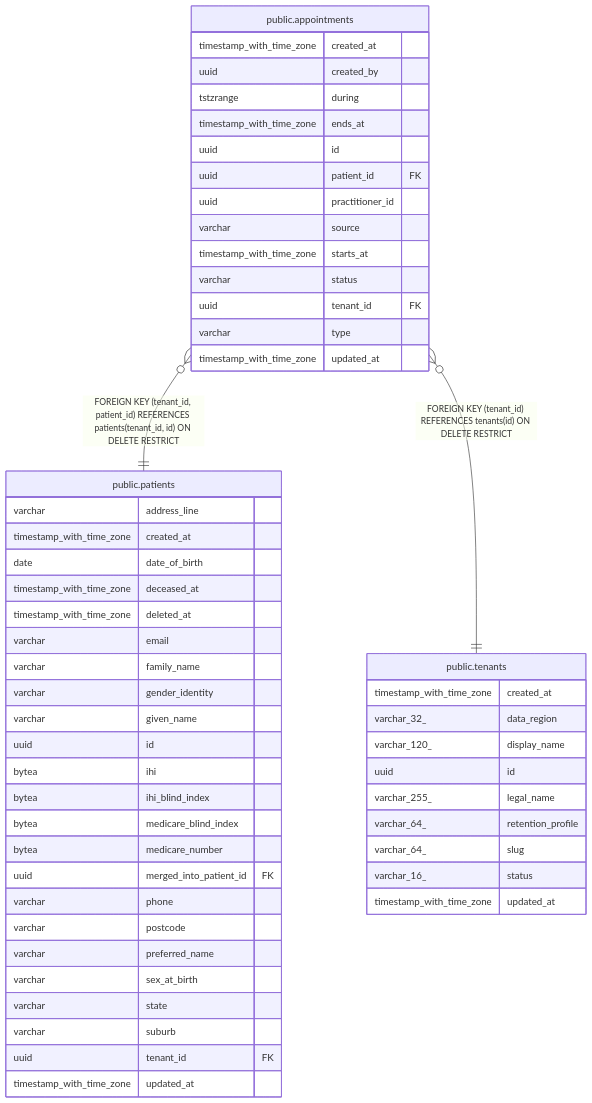
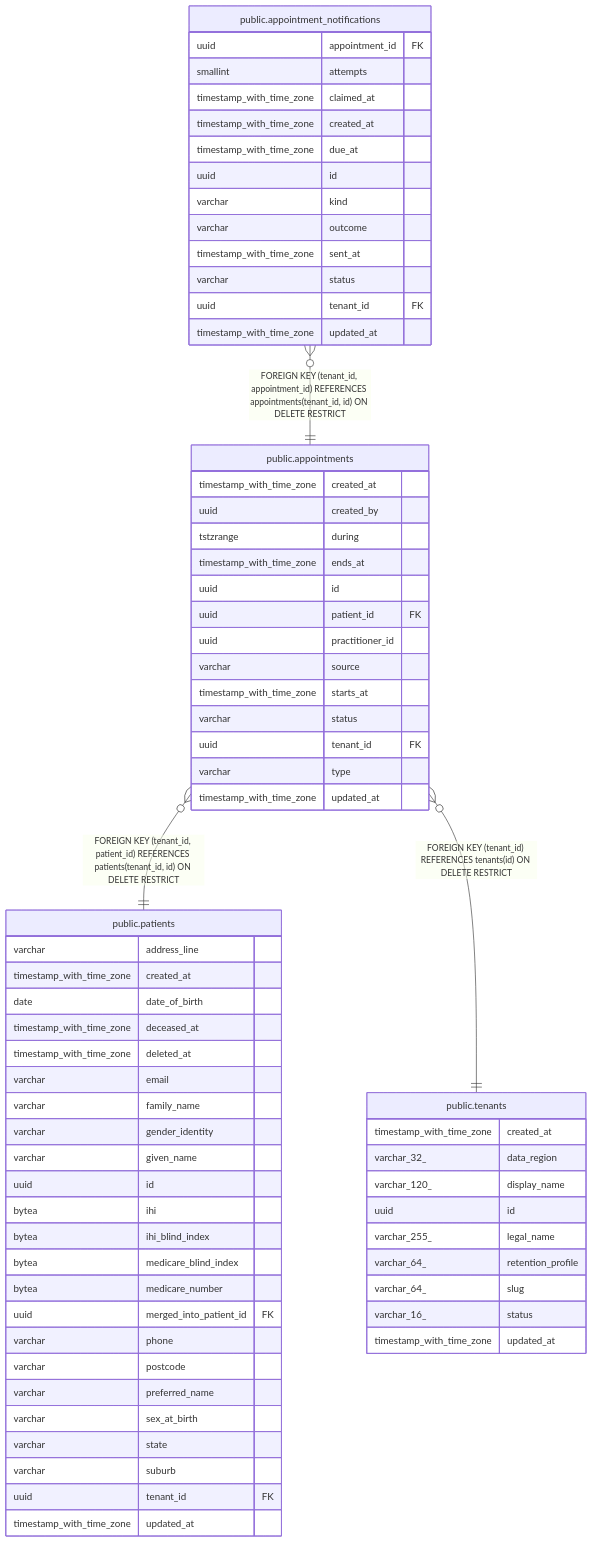
One commit to irajput215/clinic-os changed the diagram in docs/reference/schema/public.appointments.md. Above: the diagram before and after it, drawn with Mermaid. The commit also changed other lines of this file and 17 other files, not shown here.

````diff
--- a/docs/reference/schema/public.appointments.md
+++ b/docs/reference/schema/public.appointments.md
@@ -67,58 +67,73 @@
 ```mermaid
 erDiagram
 
+"public.appointment_notifications" }o--|| "public.appointments" : "FOREIGN KEY (tenant_id, appointment_id) REFERENCES appointments(tenant_id, id) ON DELETE RESTRICT"
 "public.appointments" }o--|| "public.patients" : "FOREIGN KEY (tenant_id, patient_id) REFERENCES patients(tenant_id, id) ON DELETE RESTRICT"
 "public.appointments" }o--|| "public.tenants" : "FOREIGN KEY (tenant_id) REFERENCES tenants(id) ON DELETE RESTRICT"
 
 "public.appointments" {
   timestamp_with_time_zone created_at
   uuid created_by
   tstzrange during
   timestamp_with_time_zone ends_at
   uuid id
   uuid patient_id FK
   uuid practitioner_id
   varchar source
   timestamp_with_time_zone starts_at
   varchar status
   uuid tenant_id FK
   varchar type
+  timestamp_with_time_zone updated_at
+}
+"public.appointment_notifications" {
+  uuid appointment_id FK
+  smallint attempts
+  timestamp_with_time_zone claimed_at
+  timestamp_with_time_zone created_at
+  timestamp_with_time_zone due_at
+  uuid id
+  varchar kind
+  varchar outcome
+  timestamp_with_time_zone sent_at
+  varchar status
+  uuid tenant_id FK
   timestamp_with_time_zone updated_at
 }
 "public.patients" {
   varchar address_line
   timestamp_with_time_zone created_at
   date date_of_birth
   timestamp_with_time_zone deceased_at
   timestamp_with_time_zone deleted_at
   varchar email
   varchar family_name
   varchar gender_identity
   varchar given_name
   uuid id
   bytea ihi
   bytea ihi_blind_index
   bytea medicare_blind_index
   bytea medicare_number
   uuid merged_into_patient_id FK
   varchar phone
   varchar postcode
   varchar preferred_name
   varchar sex_at_birth
   varchar state
   varchar suburb
   uuid tenant_id FK
   timestamp_with_time_zone updated_at
 }
 "public.tenants" {
   timestamp_with_time_zone created_at
   varchar_32_ data_region
   varchar_120_ display_name
   uuid id
   varchar_255_ legal_name
   varchar_64_ retention_profile
   varchar_64_ slug
   varchar_16_ status
   timestamp_with_time_zone updated_at
 }
 ```
````
